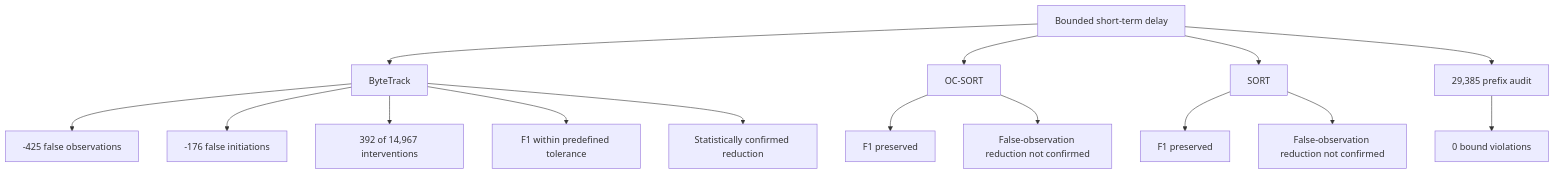
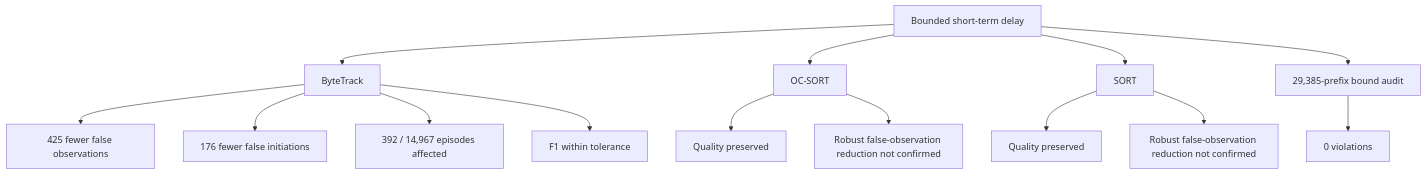
The fifth of 6 diagrams in README.md (lebedeffson/Defense4UAVSwarm), drawn with Mermaid before and after one commit. The commit also changed other lines of this file and 5 other files, not shown here.

````diff
--- a/README.md
+++ b/README.md
@@ -137,18 +140,17 @@
 ```mermaid
 flowchart TD
     A[Bounded short-term delay]
     A --> B[ByteTrack]
     A --> C[OC-SORT]
     A --> D[SORT]
-    B --> E[-425 false observations]
-    B --> F[-176 false initiations]
-    B --> G[392 of 14,967 interventions]
-    B --> H[F1 within predefined tolerance]
-    B --> I[Statistically confirmed reduction]
-    C --> J[F1 preserved]
-    C --> K[False-observation reduction not confirmed]
-    D --> L[F1 preserved]
-    D --> M[False-observation reduction not confirmed]
-    A --> N[29,385 prefix audit]
-    N --> O[0 bound violations]
+    B --> E[425 fewer false observations]
+    B --> F[176 fewer false initiations]
+    B --> G[392 / 14,967 episodes affected]
+    B --> H[F1 within tolerance]
+    C --> I[Quality preserved]
+    C --> J[Robust false-observation reduction not confirmed]
+    D --> K[Quality preserved]
+    D --> L[Robust false-observation reduction not confirmed]
+    A --> M[29,385-prefix bound audit]
+    M --> N[0 violations]
 ```
````
